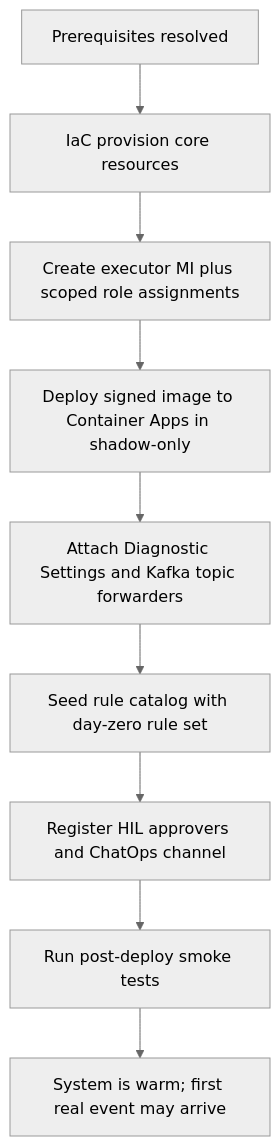
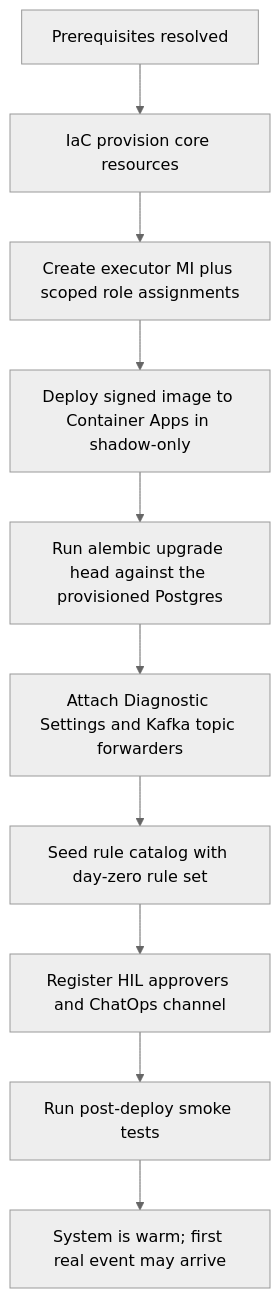
Before and after one commit to dotnetpower/azurewatcher: the diagram in docs/roadmap/deploy-and-onboard.md, drawn with Mermaid (neutral theme). The commit also changed other lines of this file and 273 other files, not shown here.

````diff
--- a/docs/roadmap/deploy-and-onboard.md
+++ b/docs/roadmap/deploy-and-onboard.md
@@ -218,11 +218,12 @@
 ```mermaid
 flowchart TD
     A[Prerequisites resolved] --> B[IaC provision core resources]
     B --> C[Create executor MI plus scoped role assignments]
     C --> D[Deploy signed image to Container Apps in shadow-only]
-    D --> E[Attach Diagnostic Settings and Kafka topic forwarders]
+    D --> D1[Run alembic upgrade head against the provisioned Postgres]
+    D1 --> E[Attach Diagnostic Settings and Kafka topic forwarders]
     E --> F[Seed rule catalog with day-zero rule set]
     F --> G[Register HIL approvers and ChatOps channel]
     G --> H[Run post-deploy smoke tests]
     H --> I[System is warm; first real event may arrive]
 ```
````
